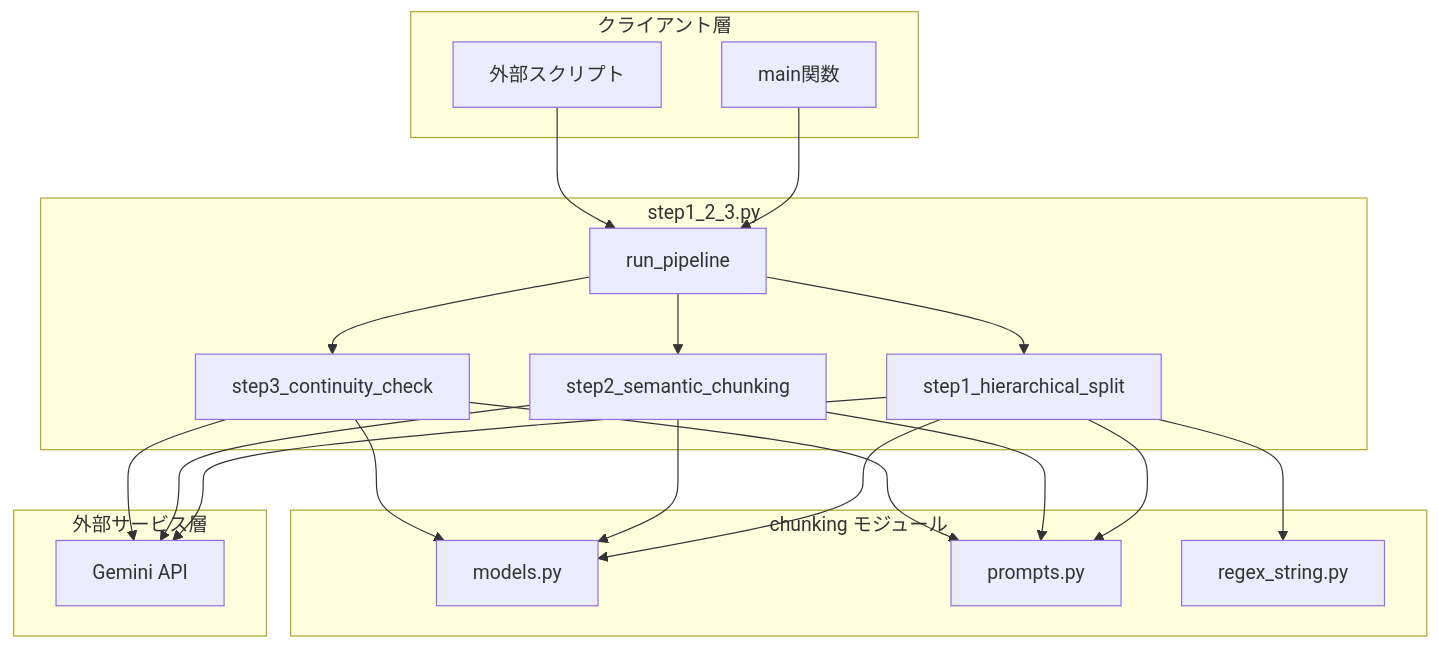
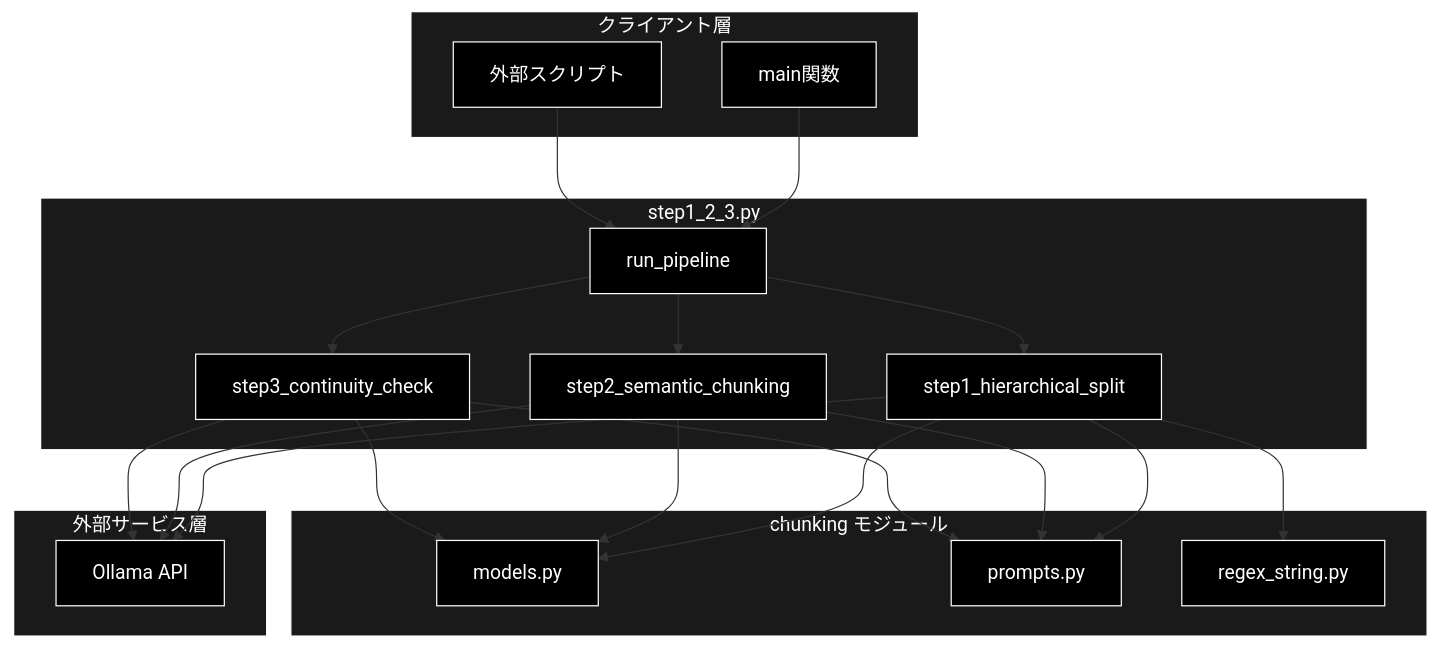
Before and after one commit to nakashima2toshio/ollama_grace_agent_v2: the first of 9 diagrams in chunking/doc/step1_2_3.md, drawn with Mermaid. The commit also changed other lines of this file and 13 other files, not shown here.

First line of the commit message:
chunking: Ollama ネイティブ化（コード/コメント/ドキュメントの Gemini→Ollama 全面置換）

````diff
--- a/chunking/doc/step1_2_3.md
+++ b/chunking/doc/step1_2_3.md
@@ -51,40 +51,47 @@
 ```mermaid
 flowchart TB
     subgraph CLIENT["クライアント層"]
         MAIN[main関数]
         SCRIPT[外部スクリプト]
     end
 
     subgraph MODULE["step1_2_3.py"]
         PIPELINE[run_pipeline]
         STEP1[step1_hierarchical_split]
         STEP2[step2_semantic_chunking]
         STEP3[step3_continuity_check]
     end
 
     subgraph EXTERNAL["外部サービス層"]
-        GEMINI[Gemini API]
+        GEMINI[Ollama API]
     end
 
     subgraph CHUNKING["chunking モジュール"]
         MODELS[models.py]
         PROMPTS[prompts.py]
         REGEX[regex_string.py]
     end
 
     MAIN --> PIPELINE
     SCRIPT --> PIPELINE
     PIPELINE --> STEP1
     PIPELINE --> STEP2
     PIPELINE --> STEP3
     STEP1 --> GEMINI
     STEP2 --> GEMINI
     STEP3 --> GEMINI
     STEP1 --> MODELS
     STEP1 --> PROMPTS
     STEP1 --> REGEX
     STEP2 --> MODELS
     STEP2 --> PROMPTS
     STEP3 --> MODELS
     STEP3 --> PROMPTS
+classDef default fill:#000,stroke:#fff,color:#fff
+classDef subgraphStyle fill:#1a1a1a,stroke:#fff,color:#fff
+class MAIN,SCRIPT,PIPELINE,STEP1,STEP2,STEP3,GEMINI,MODELS,PROMPTS,REGEX default
+style CLIENT fill:#1a1a1a,stroke:#fff,color:#fff
+style MODULE fill:#1a1a1a,stroke:#fff,color:#fff
+style EXTERNAL fill:#1a1a1a,stroke:#fff,color:#fff
+style CHUNKING fill:#1a1a1a,stroke:#fff,color:#fff
 ```
````
